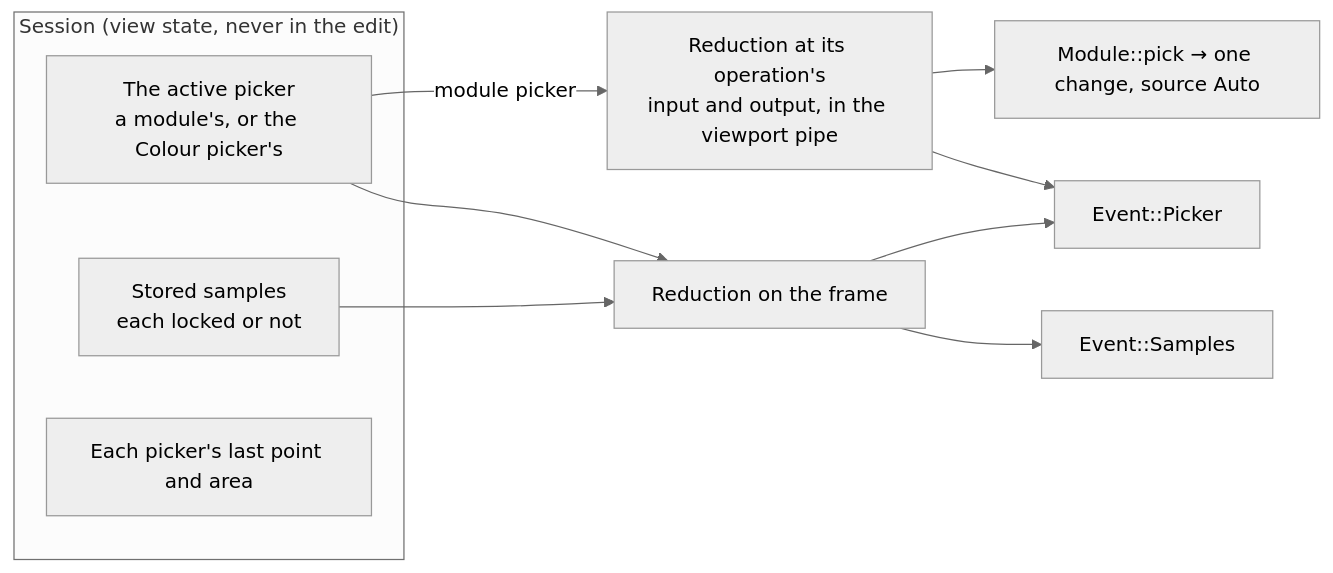
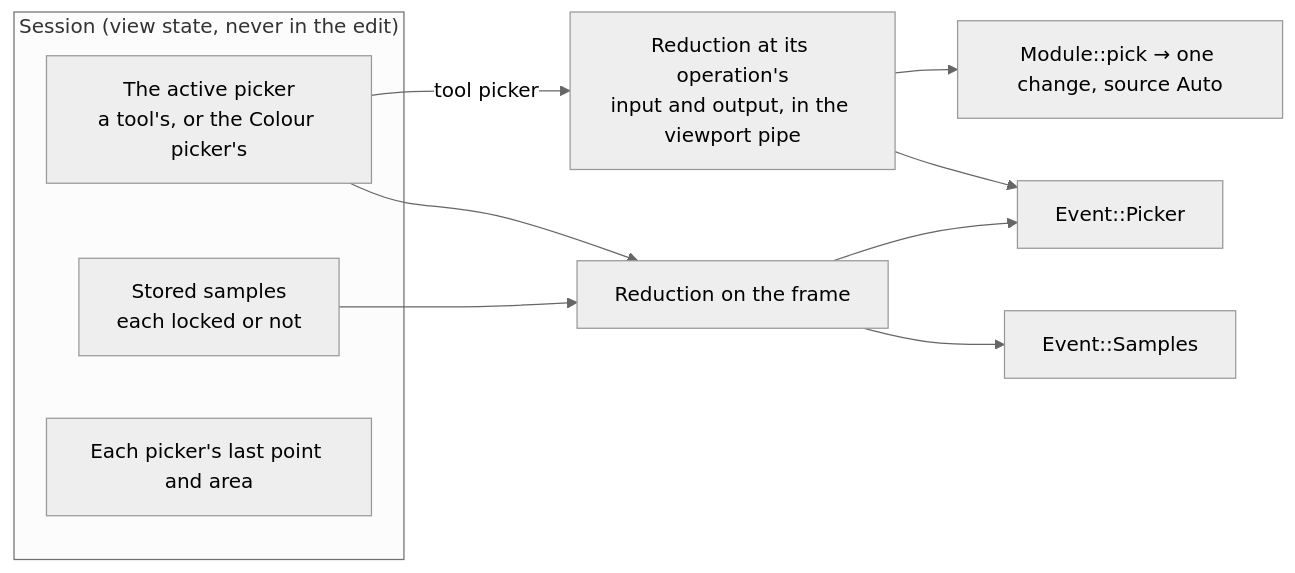
The diagram in docs/pickers.md (apertrust/apertrust), drawn with Mermaid (neutral theme) before and after one commit. The commit also changed other lines of this file and 177 other files, not shown here.

````diff
--- a/docs/pickers.md
+++ b/docs/pickers.md
@@ -35,15 +35,15 @@
 ```mermaid
 flowchart LR
     subgraph session["Session (view state, never in the edit)"]
-        A["The active picker<br/>a module's, or the Colour picker's"]
+        A["The active picker<br/>a tool's, or the Colour picker's"]
         L["Stored samples<br/>each locked or not"]
         R["Each picker's last point and area"]
     end
-    A -->|"module picker"| M["Reduction at its operation's<br/>input and output, in the viewport pipe"]
+    A -->|"tool picker"| M["Reduction at its operation's<br/>input and output, in the viewport pipe"]
     A --> F["Reduction on the frame"]
     L --> F
     M --> P["Module::pick → one change, source Auto"]
     M --> E1["Event::Picker"]
     F --> E1
     F --> E2["Event::Samples"]
 ```
````
